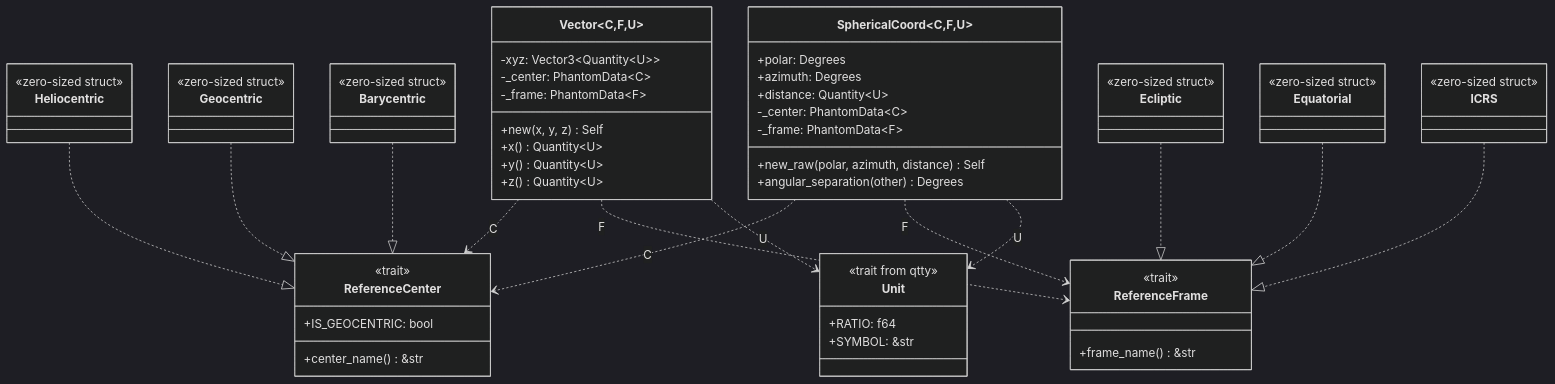
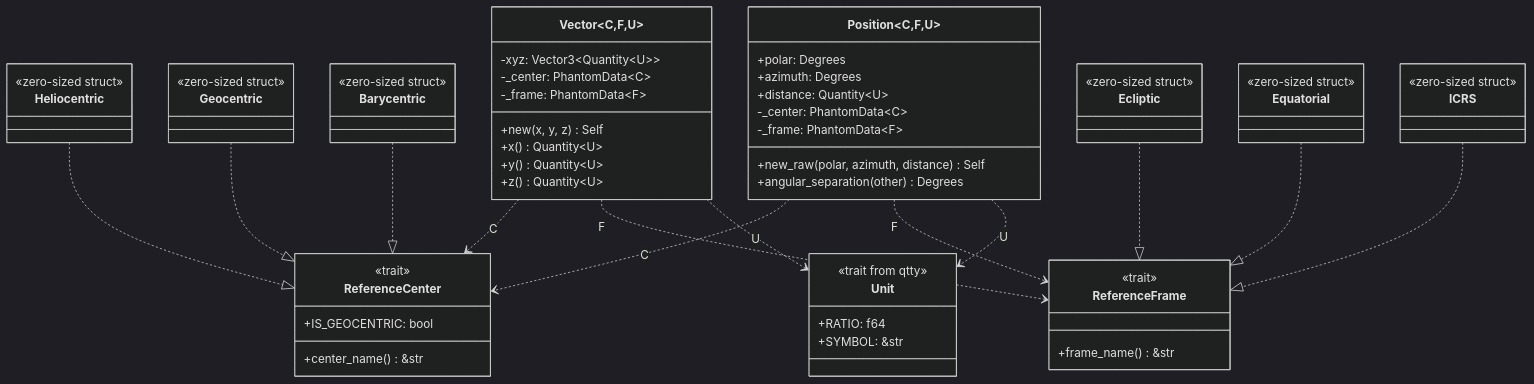
Before and after one commit to Siderust/siderust: the second of 6 diagrams in src/coordinates/README.md, drawn with Mermaid (dark theme). The commit also changed other lines of this file and 20 other files, not shown here.

First line of the commit message:
refactor: rename SphericalCoord to Position and update related code

````diff
--- a/src/coordinates/README.md
+++ b/src/coordinates/README.md
@@ -119,79 +119,79 @@
 ```mermaid
 classDiagram
     class ReferenceCenter {
         <<trait>>
         +IS_GEOCENTRIC: bool
         +center_name() &str
     }
     
     class ReferenceFrame {
         <<trait>>
         +frame_name() &str
     }
     
     class Unit {
         <<trait from qtty>>
         +RATIO: f64
         +SYMBOL: &str
     }
     
     class Vector~C,F,U~ {
         -xyz: Vector3~Quantity~U~~
         -_center: PhantomData~C~
         -_frame: PhantomData~F~
         +new(x, y, z) Self
         +x() Quantity~U~
         +y() Quantity~U~
         +z() Quantity~U~
     }
     
-    class SphericalCoord~C,F,U~ {
+    class Position~C,F,U~ {
         +polar: Degrees
         +azimuth: Degrees
         +distance: Quantity~U~
         -_center: PhantomData~C~
         -_frame: PhantomData~F~
         +new_raw(polar, azimuth, distance) Self
         +angular_separation(other) Degrees
     }
     
     class Heliocentric {
         <<zero-sized struct>>
     }
     
     class Geocentric {
         <<zero-sized struct>>
     }
     
     class Barycentric {
         <<zero-sized struct>>
     }
     
     class Ecliptic {
         <<zero-sized struct>>
     }
     
     class Equatorial {
         <<zero-sized struct>>
     }
     
     class ICRS {
         <<zero-sized struct>>
     }
     
     Heliocentric ..|> ReferenceCenter
     Geocentric ..|> ReferenceCenter
     Barycentric ..|> ReferenceCenter
     
     Ecliptic ..|> ReferenceFrame
     Equatorial ..|> ReferenceFrame
     ICRS ..|> ReferenceFrame
     
     Vector~C,F,U~ ..> ReferenceCenter : C
     Vector~C,F,U~ ..> ReferenceFrame : F
     Vector~C,F,U~ ..> Unit : U
     
-    SphericalCoord~C,F,U~ ..> ReferenceCenter : C
-    SphericalCoord~C,F,U~ ..> ReferenceFrame : F
-    SphericalCoord~C,F,U~ ..> Unit : U
+    Position~C,F,U~ ..> ReferenceCenter : C
+    Position~C,F,U~ ..> ReferenceFrame : F
+    Position~C,F,U~ ..> Unit : U
 ```
````
